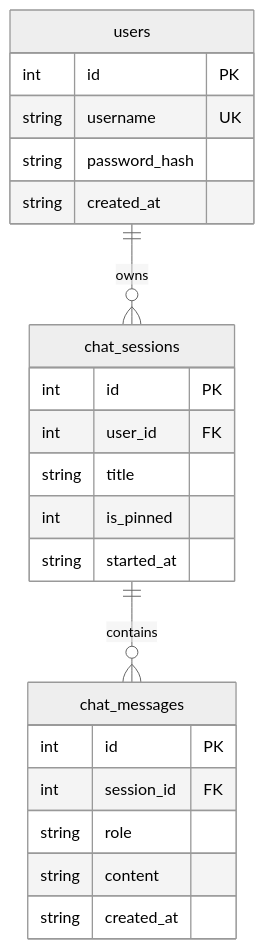
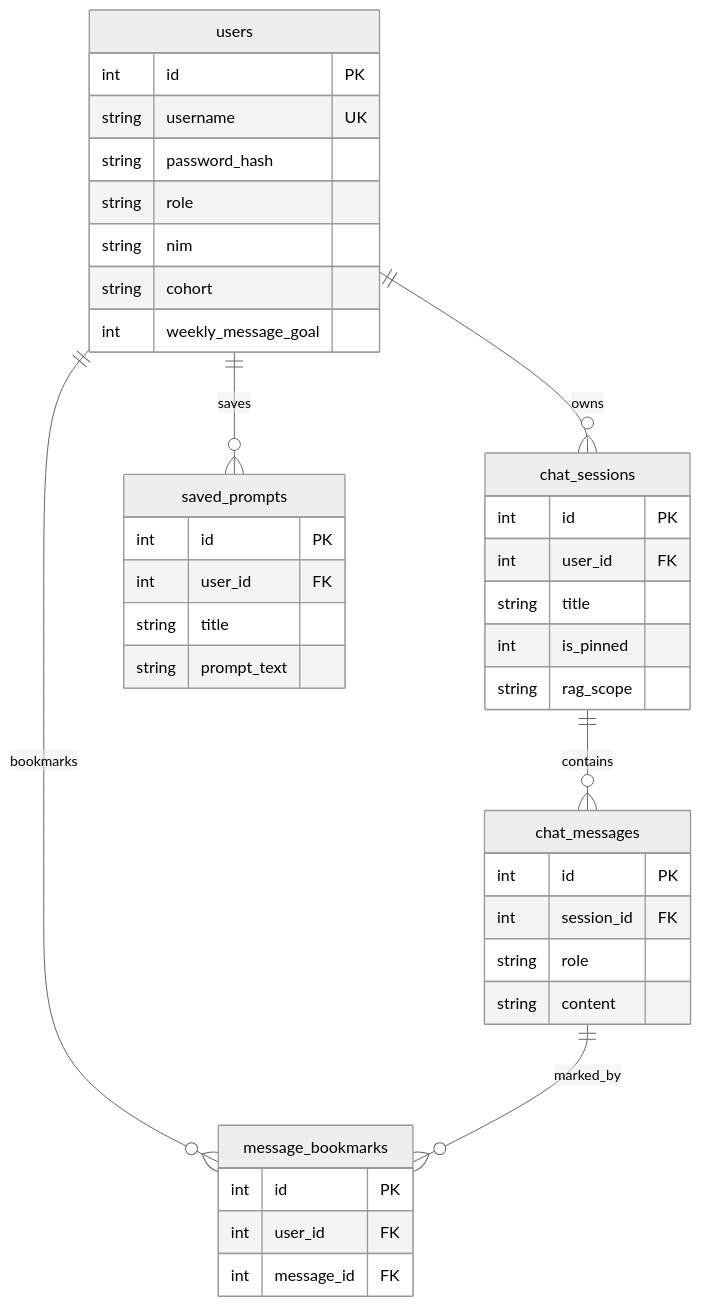
Before and after one commit to noermuhmmadayub/project-ayub: the sixth of 7 diagrams in DOKUMENTASI_SISTEM.md, drawn with Mermaid (neutral theme). The commit also changed other lines of this file and 17 other files, not shown here.

First line of the commit message:
feat: admin panel, student tools (profile, RAG filter, prompts, bookmarks, PDF upload); scripts and logging; docs sync

````diff
--- a/DOKUMENTASI_SISTEM.md
+++ b/DOKUMENTASI_SISTEM.md
@@ -261,28 +319,46 @@
 ```mermaid
 erDiagram
   users ||--o{ chat_sessions : owns
   chat_sessions ||--o{ chat_messages : contains
+  users ||--o{ saved_prompts : saves
+  users ||--o{ message_bookmarks : bookmarks
+  chat_messages ||--o{ message_bookmarks : marked_by
 
   users {
     int id PK
     string username UK
     string password_hash
-    string created_at
+    string role
+    string nim
+    string cohort
+    int weekly_message_goal
   }
 
   chat_sessions {
     int id PK
     int user_id FK
     string title
     int is_pinned
-    string started_at
+    string rag_scope
   }
 
   chat_messages {
     int id PK
     int session_id FK
     string role
     string content
-    string created_at
+  }
+
+  saved_prompts {
+    int id PK
+    int user_id FK
+    string title
+    string prompt_text
+  }
+
+  message_bookmarks {
+    int id PK
+    int user_id FK
+    int message_id FK
   }
 ```
````
